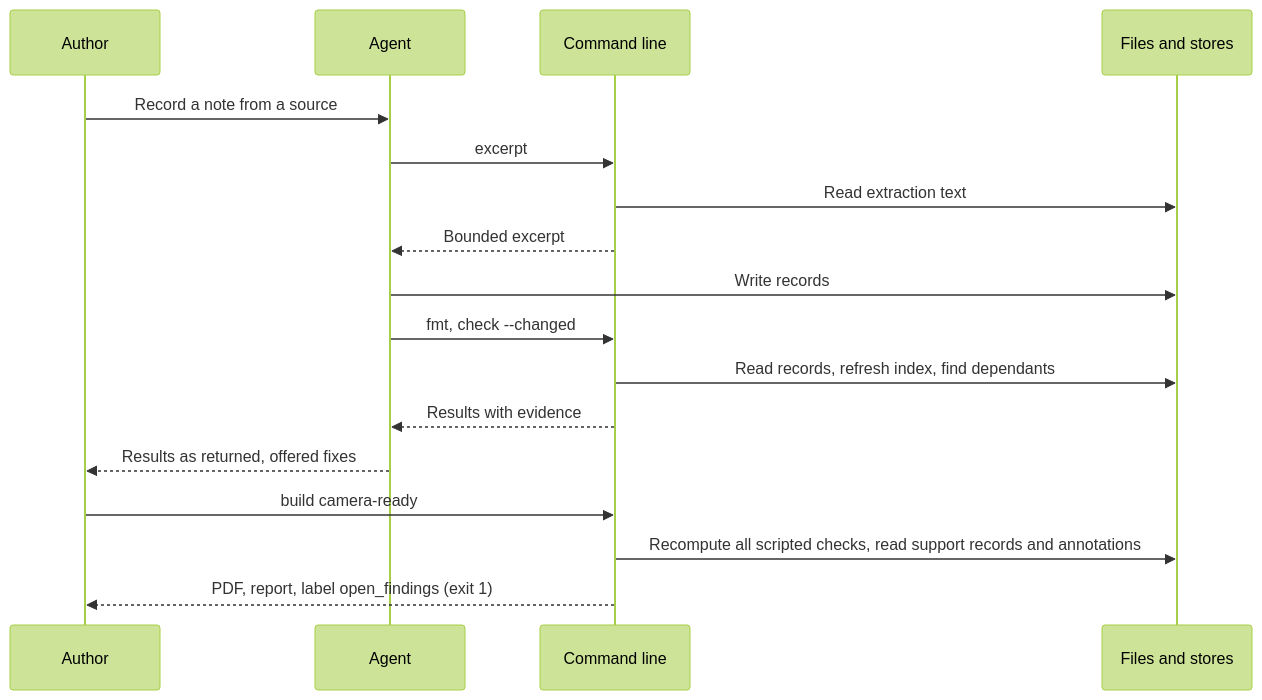
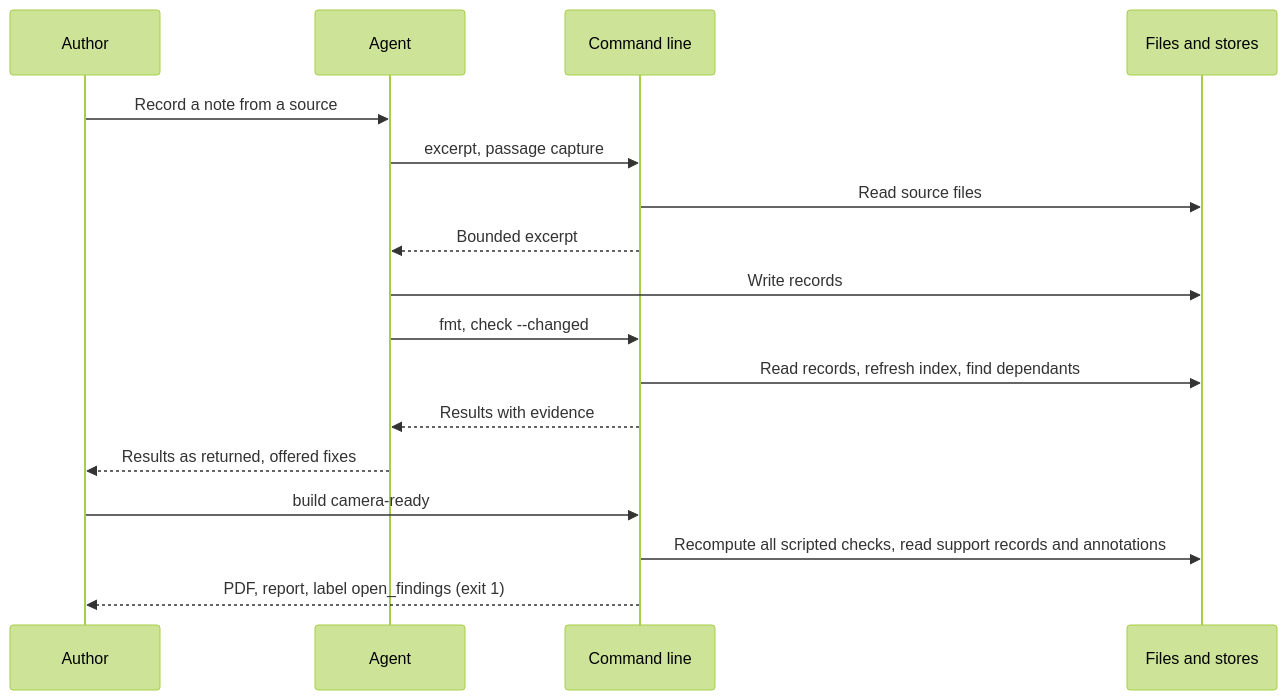
Before and after one commit to DocumentDrivenDX/stemma: the sixth of 6 diagrams in docs/stemma/02-design/architecture.md, drawn with Mermaid (forest theme). The commit also changed other lines of this file and 80 other files, not shown here.

First line of the commit message:
Evolve specs: source files in the repository, the capture-to-citation chain, and verification

````diff
--- a/docs/stemma/02-design/architecture.md
+++ b/docs/stemma/02-design/architecture.md
@@ -233,19 +280,19 @@
 ```mermaid
 sequenceDiagram
     participant A as Author
     participant G as Agent
     participant C as Command line
     participant F as Files and stores
     A->>G: Record a note from a source
-    G->>C: excerpt
-    C->>F: Read extraction text
+    G->>C: excerpt, passage capture
+    C->>F: Read source files
     C-->>G: Bounded excerpt
     G->>F: Write records
     G->>C: fmt, check --changed
     C->>F: Read records, refresh index, find dependants
     C-->>G: Results with evidence
     G-->>A: Results as returned, offered fixes
     A->>C: build camera-ready
     C->>F: Recompute all scripted checks, read support records and annotations
     C-->>A: PDF, report, label open_findings (exit 1)
 ```
````
